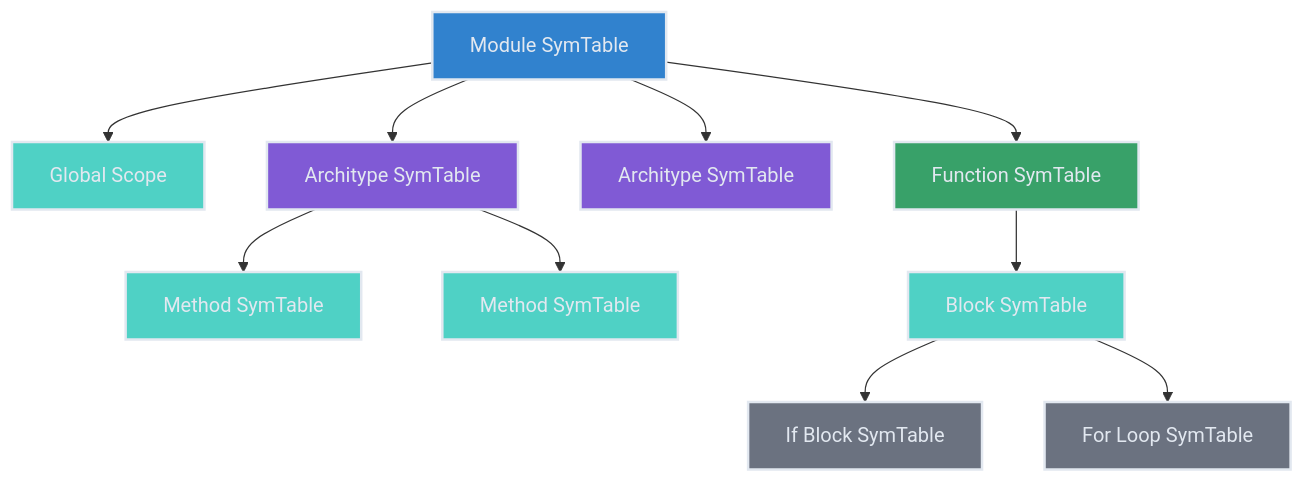
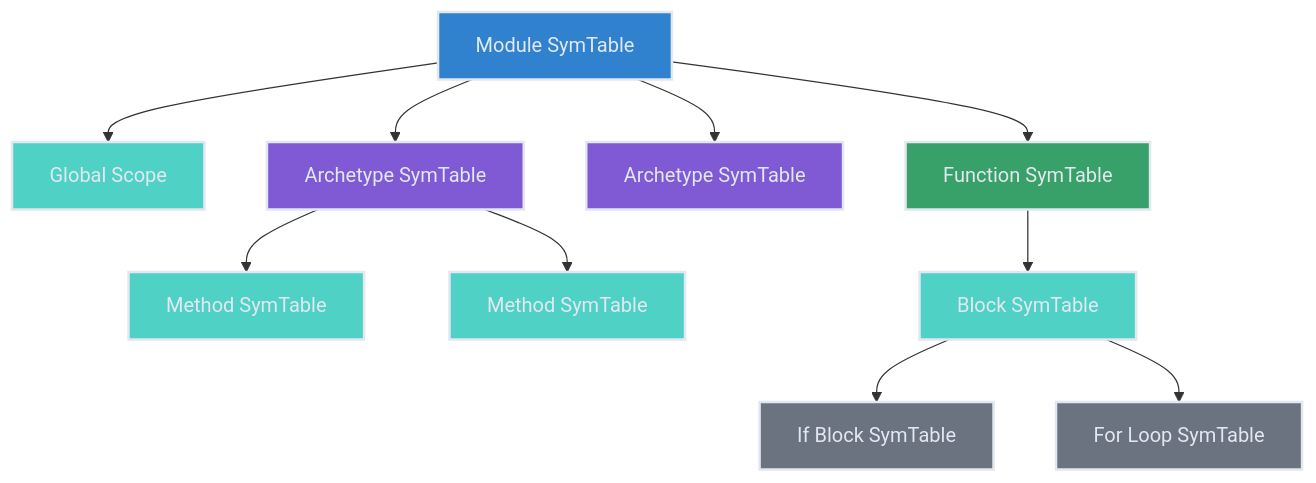
Before and after one commit to Jaseci-Labs/jaseci: the second of 4 diagrams in docs/docs/internals/symbol_tables/structure.md, drawn with Mermaid. The commit also changed other lines of this file and 85 other files, not shown here.

````diff
--- a/docs/docs/internals/symbol_tables/structure.md
+++ b/docs/docs/internals/symbol_tables/structure.md
@@ -132,23 +132,23 @@
 ```mermaid
 graph TD
     Module["Module SymTable"] --> GlobalScope["Global Scope"]
-    Module --> Architype1["Architype SymTable"]
-    Module --> Architype2["Architype SymTable"]
+    Module --> Archetype1["Archetype SymTable"]
+    Module --> Archetype2["Archetype SymTable"]
     Module --> Function["Function SymTable"]
-    Architype1 --> Method1["Method SymTable"]
-    Architype1 --> Method2["Method SymTable"]
+    Archetype1 --> Method1["Method SymTable"]
+    Archetype1 --> Method2["Method SymTable"]
     Function --> Block["Block SymTable"]
     Block --> IfBlock["If Block SymTable"]
     Block --> ForLoop["For Loop SymTable"]
 
     style Module fill:#3182ce,stroke:#e2e8f0,stroke-width:2px,color:#e2e8f0
     style GlobalScope fill:#4fd1c5,stroke:#e2e8f0,stroke-width:2px,color:#e2e8f0
-    style Architype1 fill:#805ad5,stroke:#e2e8f0,stroke-width:2px,color:#e2e8f0
-    style Architype2 fill:#805ad5,stroke:#e2e8f0,stroke-width:2px,color:#e2e8f0
+    style Archetype1 fill:#805ad5,stroke:#e2e8f0,stroke-width:2px,color:#e2e8f0
+    style Archetype2 fill:#805ad5,stroke:#e2e8f0,stroke-width:2px,color:#e2e8f0
     style Function fill:#38a169,stroke:#e2e8f0,stroke-width:2px,color:#e2e8f0
     style Method1 fill:#4fd1c5,stroke:#e2e8f0,stroke-width:2px,color:#e2e8f0
     style Method2 fill:#4fd1c5,stroke:#e2e8f0,stroke-width:2px,color:#e2e8f0
     style Block fill:#4fd1c5,stroke:#e2e8f0,stroke-width:2px,color:#e2e8f0
     style IfBlock fill:#6b7280,stroke:#e2e8f0,stroke-width:2px,color:#e2e8f0
     style ForLoop fill:#6b7280,stroke:#e2e8f0,stroke-width:2px,color:#e2e8f0
 ```
````
